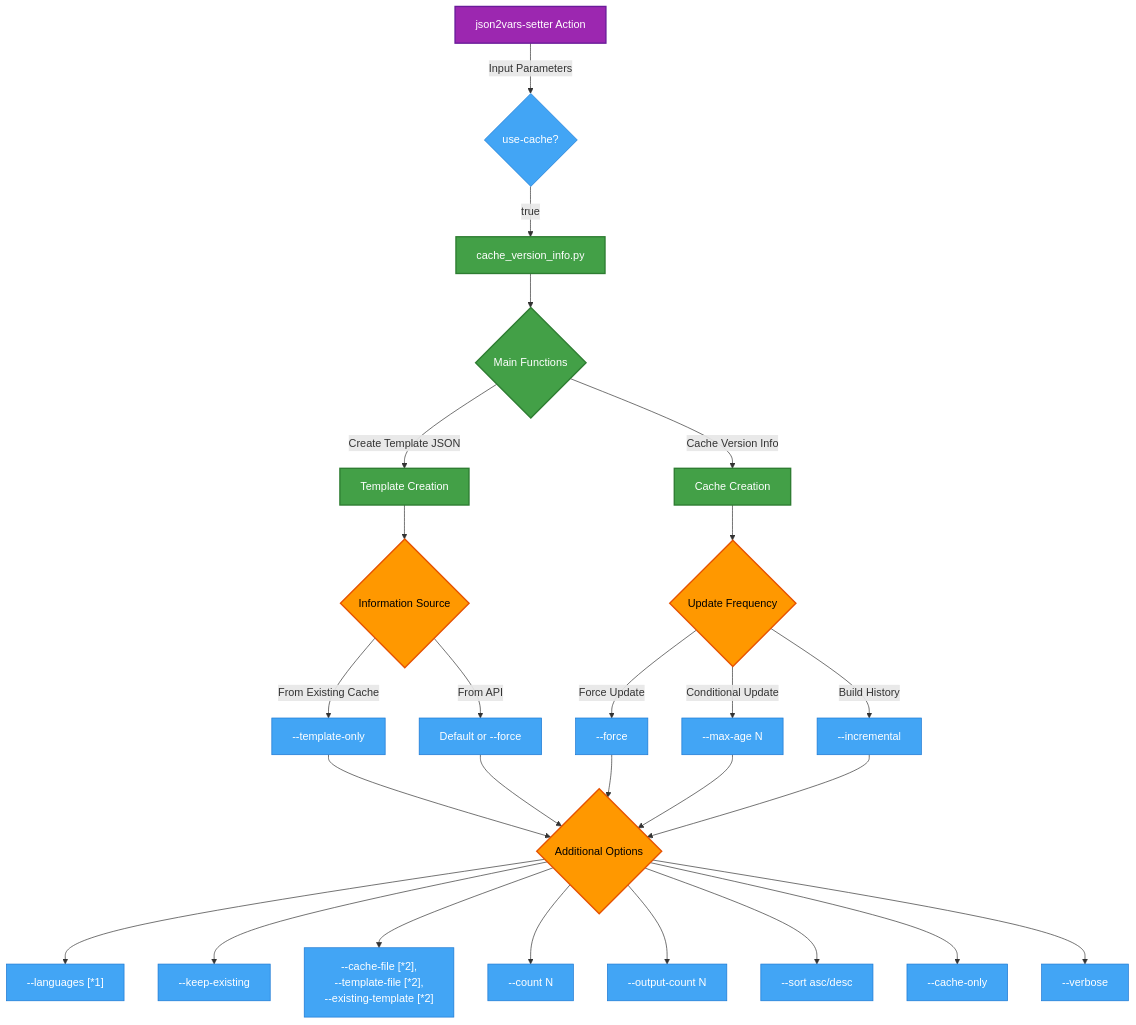
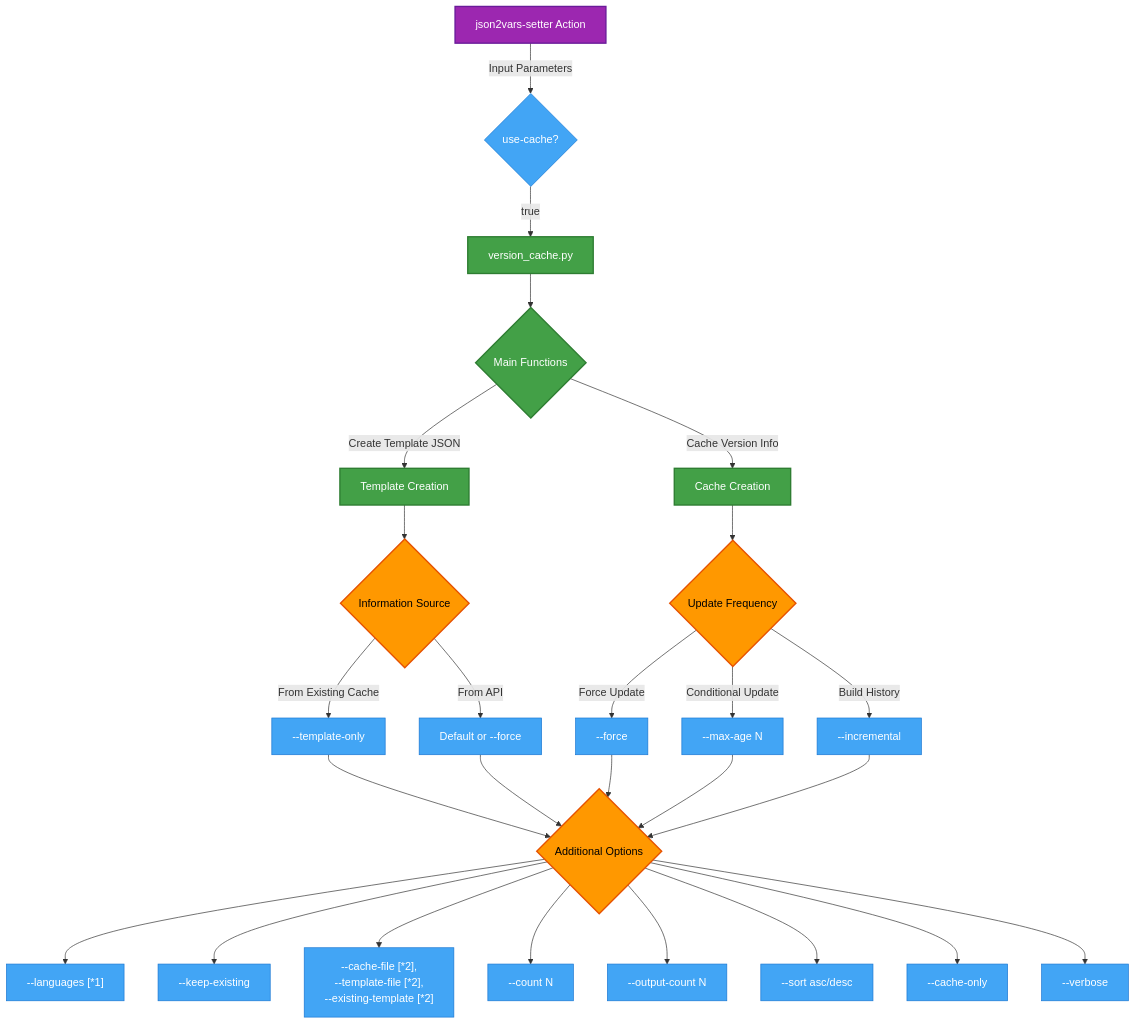
The first of 2 diagrams in docs/features/version-caching.md (7rikazhexde/json2vars-setter), drawn with Mermaid before and after one commit. The commit also changed other lines of this file and 20 other files, not shown here.

````diff
--- a/docs/features/version-caching.md
+++ b/docs/features/version-caching.md
@@ -11,50 +11,50 @@
 ```mermaid
 graph TD
     Start[json2vars-setter Action] -->|Input Parameters| GHACondition{use-cache?}
-    GHACondition --> |true| MainPurpose1[cache_version_info.py]
+    GHACondition --> |true| MainPurpose1[version_cache.py]
 
-    MainPurpose1[cache_version_info.py] --> MainPurpose2{Main Functions}
+    MainPurpose1[version_cache.py] --> MainPurpose2{Main Functions}
 
     MainPurpose2 -->|Create Template JSON| TemplateCreation[Template Creation]
     MainPurpose2 -->|Cache Version Info| CacheCreation[Cache Creation]
 
     TemplateCreation --> TemplateSource{Information Source}
     TemplateSource -->|From Existing Cache| UseCache[--template-only]
     TemplateSource -->|From API| UseAPI[Default or --force]
 
     CacheCreation --> UpdateFrequency{Update Frequency}
     UpdateFrequency -->|Force Update| ForceUpdate[--force]
     UpdateFrequency -->|Conditional Update| ConditionalUpdate[--max-age N]
     UpdateFrequency -->|Build History| History[--incremental]
 
     %% Common options
     UseCache --> CommonOptions{Additional Options}
     UseAPI --> CommonOptions
     ForceUpdate --> CommonOptions
     ConditionalUpdate --> CommonOptions
     History --> CommonOptions
 
     CommonOptions --> Languages[--languages #91;*1#93;]
     CommonOptions --> KeepExisting[--keep-existing]
     CommonOptions --> FilePaths[--cache-file #91;*2#93;,<br/> --template-file #91;*2#93;,<br/> --existing-template #91;*2#93;]
     CommonOptions --> CacheCount[--count N]
     CommonOptions --> VersionCount[--output-count N]
     CommonOptions --> SortOrder[--sort asc/desc]
     CommonOptions --> CacheOnly[--cache-only]
     CommonOptions --> VerboseLog[--verbose]
 
     %% Style definitions for better visibility in dark mode
     classDef ghacondition fill:#42a5f5,stroke:#1976d2,stroke-width:1px,color:#fff
     classDef start fill:#9c27b0,stroke:#6a1b9a,stroke-width:2px,color:#ffffff
     classDef main fill:#43a047,stroke:#2e7d32,stroke-width:2px,color:#ffffff
     classDef condition fill:#ff9800,stroke:#e65100,stroke-width:2px,color:#000000
     classDef option fill:#42a5f5,stroke:#1976d2,stroke-width:1px,color:#ffffff
     classDef common fill:#42a5f5,stroke:#1976d2,stroke-width:1px,color:#ffffff
 
     class Start start
     class GHACondition ghacondition
     class MainPurpose1,MainPurpose2,TemplateCreation,CacheCreation main
     class TemplateSource,UpdateFrequency,CommonOptions condition
     class UseCache,UseAPI,ForceUpdate,ConditionalUpdate,History option
     class Languages,FilePaths,CacheCount,VersionCount,SortOrder,KeepExisting,CacheOnly,VerboseLog common
 ```
````
